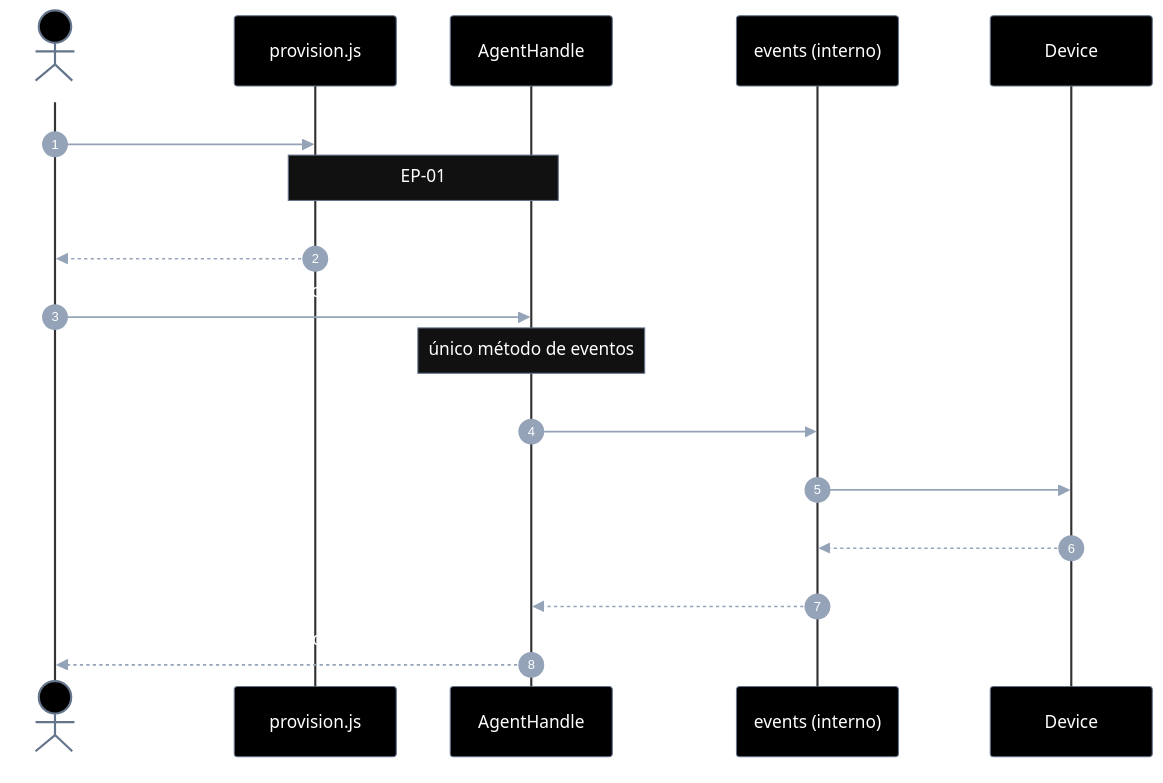
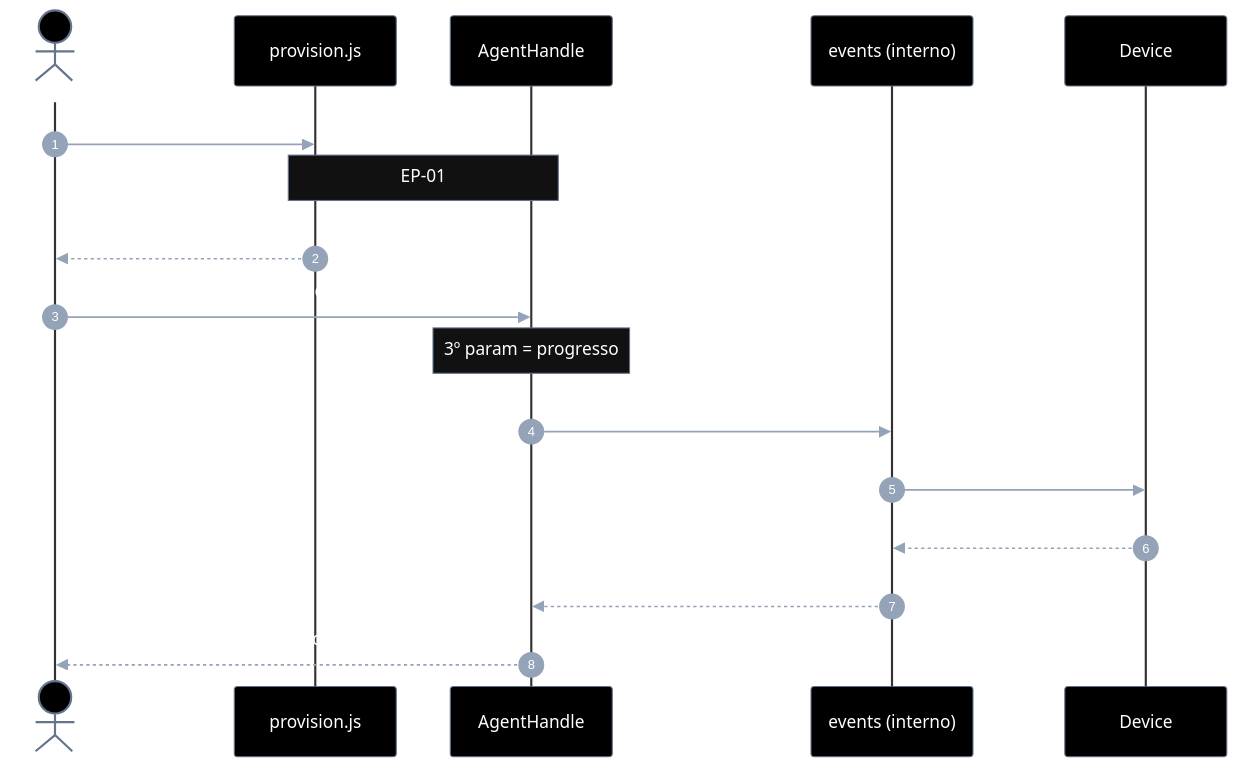
The first of 2 diagrams in connectmax/screen-robot/implementation-plan/EP-02-eventos-de-ui.md (laerciogermano/workstation), drawn with Mermaid before and after one commit. The commit also changed other lines of this file and 4 other files, not shown here.

````diff
--- a/connectmax/screen-robot/implementation-plan/EP-02-eventos-de-ui.md
+++ b/connectmax/screen-robot/implementation-plan/EP-02-eventos-de-ui.md
@@ -73,62 +73,62 @@
 ```mermaid
 ---
 config:
   theme: base
   themeVariables:
     darkMode: true
     background: '#000000'
     primaryColor: '#000000'
     primaryTextColor: '#ffffff'
     primaryBorderColor: '#64748b'
     secondaryColor: '#000000'
     secondaryTextColor: '#ffffff'
     secondaryBorderColor: '#64748b'
     tertiaryColor: '#000000'
     tertiaryTextColor: '#ffffff'
     tertiaryBorderColor: '#64748b'
     lineColor: '#64748b'
     textColor: '#ffffff'
     mainBkg: '#000000'
     nodeBorder: '#64748b'
     clusterBkg: '#000000'
     clusterBorder: '#333333'
     titleColor: '#ffffff'
     edgeLabelBackground: '#000000'
     actorBkg: '#000000'
     actorBorder: '#64748b'
     actorTextColor: '#ffffff'
     actorLineColor: '#333333'
     signalColor: '#94a3b8'
     signalTextColor: '#ffffff'
     labelBoxBkgColor: '#000000'
     labelBoxBorderColor: '#64748b'
     labelTextColor: '#ffffff'
     loopTextColor: '#ffffff'
     noteBorderColor: '#64748b'
     noteBkgColor: '#111111'
     noteTextColor: '#ffffff'
     activationBorderColor: '#64748b'
     activationBkgColor: '#1a1a1a'
     sequenceNumberColor: '#ffffff'
     classText: '#ffffff'
 ---
 sequenceDiagram
   autonumber
   actor Dev as Caller / CLI
   participant P as provision.js
   participant H as AgentHandle
   participant E as events (interno)
   participant D as Device
 
   Dev->>P: provisionEmulator(cfg)
   note over P,H: EP-01
   P-->>Dev: handle { serial, on, ... }
 
-  Dev->>H: on(event, opts)
-  note over H: único método de eventos
-  H->>E: on(event, { ...opts, serial })
+  Dev->>H: on(event, opts, onEvent?)
+  note over H: 3º param = progresso
+  H->>E: on(event, { ...opts, serial }, onEvent)
   E->>D: poll (boot / fg / dump)
   D-->>E: evidência
   E-->>H: UiEventResult
   H-->>Dev: resultado
 ```
````
